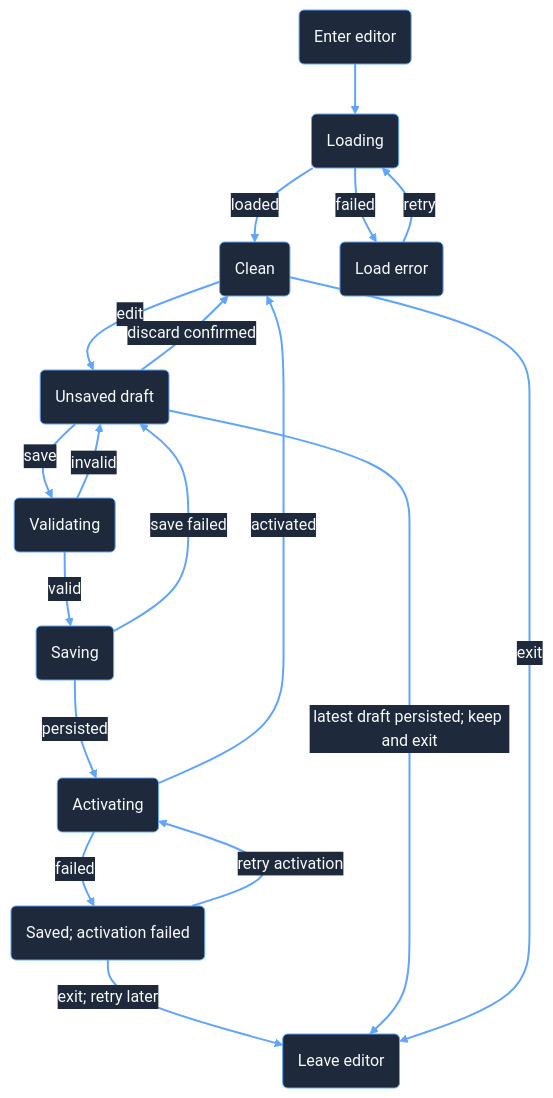
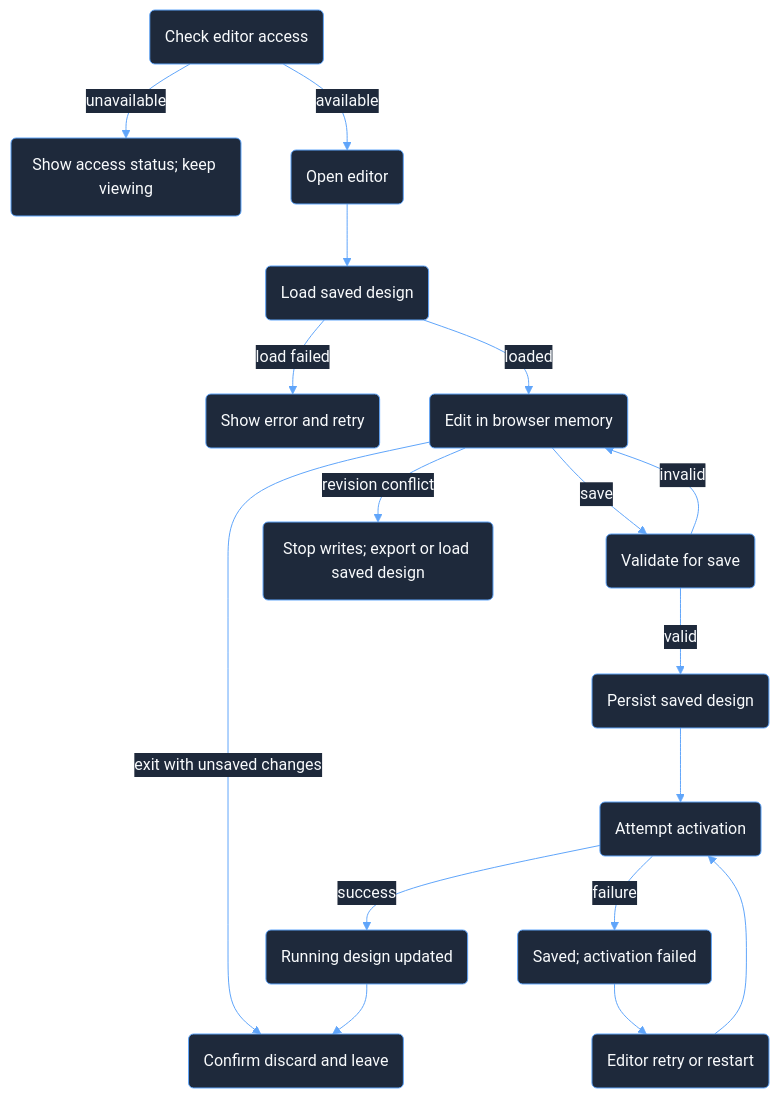
The first of 2 diagrams in docs/plans/building-editor-spec.md (wmorgan69/light-controller-simulator), drawn with Mermaid before and after one commit. The commit also changed other lines of this file and 58 other files, not shown here.

First line of the commit message:
feat: implement local building editor with design persistence

````diff
--- a/docs/plans/building-editor-spec.md
+++ b/docs/plans/building-editor-spec.md
@@ -37,34 +26,32 @@
 ```mermaid
 ---
 config:
   theme: base
   themeVariables:
     darkMode: true
     primaryColor: '#1E293B'
     primaryTextColor: '#F8FAFC'
     primaryBorderColor: '#60A5FA'
     lineColor: '#60A5FA'
     edgeLabelBackground: '#1E293B'
     textColor: '#F8FAFC'
 ---
 flowchart TB
-    Entry("Enter editor") --> Loading("Loading")
-    Loading -->|loaded| Clean("Clean")
-    Loading -->|failed| LoadError("Load error")
-    LoadError -->|retry| Loading
-    Clean -->|edit| Dirty("Unsaved draft")
-    Dirty -->|save| Validating("Validating")
-    Validating -->|invalid| Dirty
-    Validating -->|valid| Saving("Saving")
-    Saving -->|persisted| Activating("Activating")
-    Activating -->|activated| Clean
-    Activating -->|failed| ActivationError("Saved; activation failed")
-    Saving -->|save failed| Dirty
-    ActivationError -->|retry activation| Activating
-    ActivationError -->|exit; retry later| Exit
-    Dirty -->|discard confirmed| Clean
-    Dirty -->|latest draft persisted; keep and exit| Exit
-    Clean -->|exit| Exit("Leave editor")
+    Check("Check editor access") -->|unavailable| View("Show access status; keep viewing")
+    Check -->|available| Entry("Open editor")
+    Entry --> Load("Load saved design")
+    Load -->|load failed| Error("Show error and retry")
+    Load -->|loaded| Edit("Edit in browser memory")
+    Edit -->|save| Validate("Validate for save")
+    Validate -->|invalid| Edit
+    Validate -->|valid| Saved("Persist saved design")
+    Saved --> Activate("Attempt activation")
+    Activate -->|success| Active("Running design updated")
+    Activate -->|failure| Failed("Saved; activation failed")
+    Failed --> Retry("Editor retry or restart")
+    Retry --> Activate
+    Edit -->|revision conflict| Recovery("Stop writes; export or load saved design")
+    Edit -->|exit with unsaved changes| Exit("Confirm discard and leave")
+    Active --> Exit
     classDef default fill:#1E293B,stroke:#60A5FA,color:#F8FAFC;
-    linkStyle default stroke:#60A5FA,stroke-width:2px;
 ```
````
